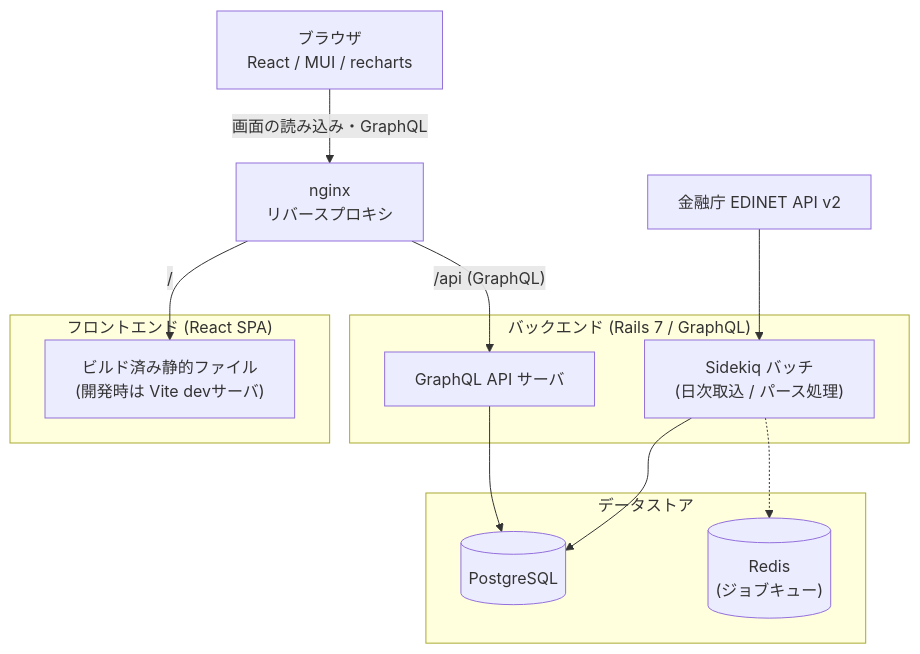
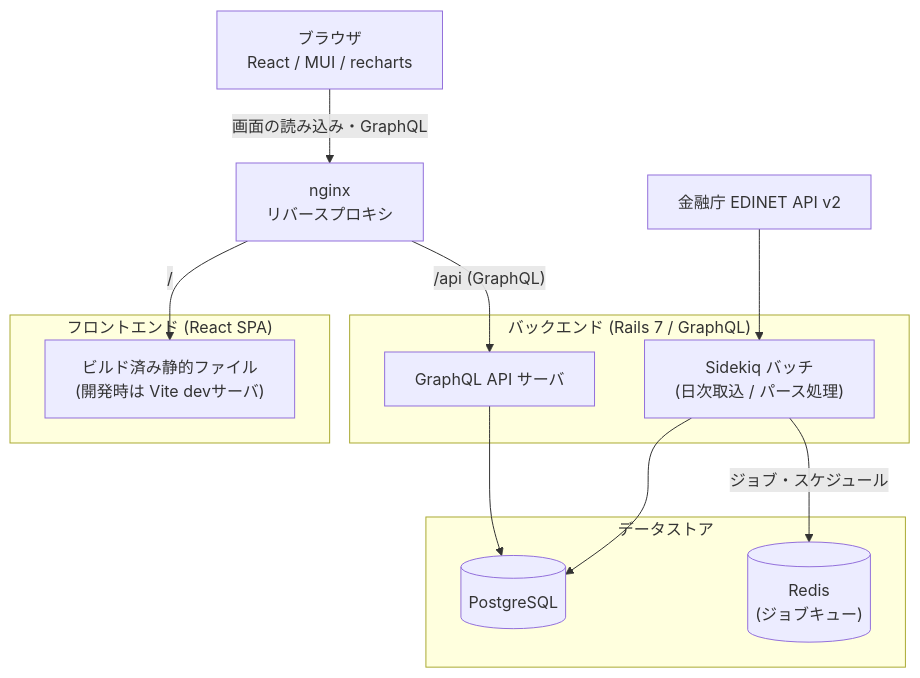
The diagram in README.md (shin4488/financial-statement), drawn with Mermaid before and after one commit. The commit also changed 2 other files, not shown here.

Commit message:
docs: 構成図のRedisへの線を、ジョブとスケジュールを表す実線にする
README・docs/guide/04・05の構成図では、Redisへの線だけが点線だったが、どの図にも点線の意味が書かれておらず、実線との違いを読み取れなかった。Redisが持つのは取込ジョブのキューとsidekiq-cronのスケジュールで、財務データではない。線の種類で区別する代わりに、実線にして「ジョブ・スケジュール」のラベルで流れるものを示す。

````diff
--- a/README.md
+++ b/README.md
@@ -21,25 +21,25 @@
 ```mermaid
 flowchart TD
     Browser["ブラウザ<br>React / MUI / recharts"] -->|"画面の読み込み・GraphQL"| Nginx["nginx<br>リバースプロキシ"]
 
     subgraph Frontend["フロントエンド (React SPA)"]
         Static["ビルド済み静的ファイル<br>(開発時は Vite devサーバ)"]
     end
 
     subgraph Backend["バックエンド (Rails 7 / GraphQL)"]
         API["GraphQL API サーバ"]
         Batch["Sidekiq バッチ<br>(日次取込 / パース処理)"]
     end
 
     subgraph Storage["データストア"]
         PG[("PostgreSQL")]
         Redis[("Redis<br>(ジョブキュー)")]
     end
 
     EDINET["金融庁 EDINET API v2"] --> Batch
     Nginx -->|"/"| Static
     Nginx -->|"/api (GraphQL)"| API
     API --> PG
     Batch --> PG
-    Batch -.-> Redis
+    Batch -->|"ジョブ・スケジュール"| Redis
 ```
````
